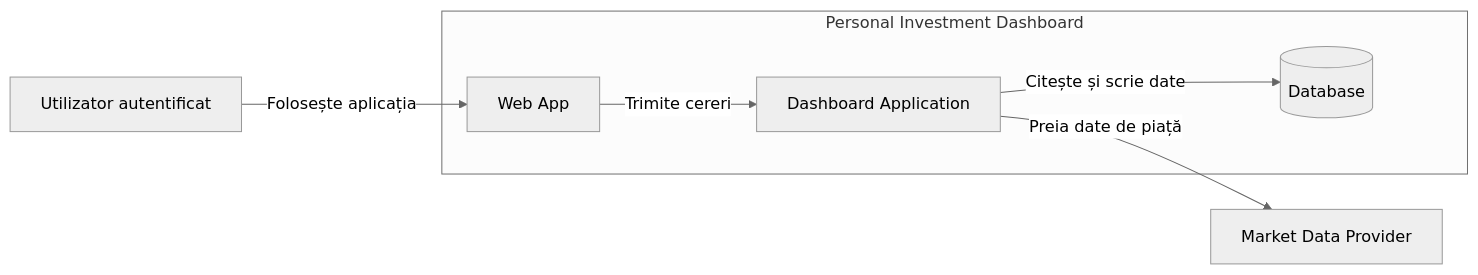
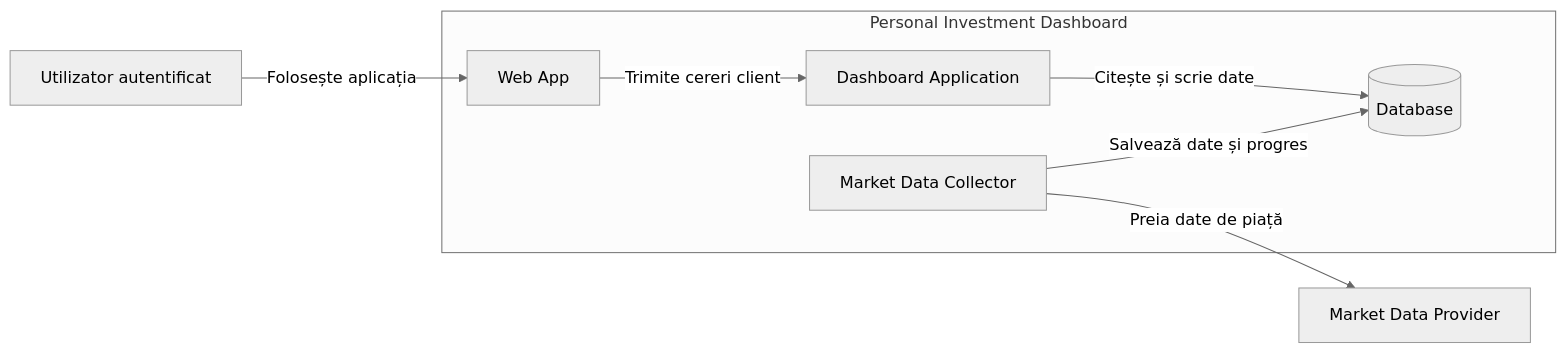
Before and after one commit to victor10520/system-design-labs: the second of 6 diagrams in SD/lab 3/README.md, drawn with Mermaid (neutral theme). The commit also changed other lines of this file and 1 other file, not shown here.

Commit message:
update lab3 and lab4 with separate market data collector container

````diff
--- a/SD/lab 3/README.md
+++ b/SD/lab 3/README.md
@@ -32,17 +36,19 @@
 ```mermaid
 flowchart LR
     user["Utilizator autentificat"]
     provider["Market Data Provider"]
 
     subgraph pid["Personal Investment Dashboard"]
         web["Web App"]
         app["Dashboard Application"]
+        collector["Market Data Collector"]
         db[("Database")]
 
-        web -->|"Trimite cereri"| app
+        web -->|"Trimite cereri client"| app
         app -->|"Citește și scrie date"| db
+        collector -->|"Salvează date și progres"| db
     end
 
     user -->|"Folosește aplicația"| web
-    app -->|"Preia date de piață"| provider
+    collector -->|"Preia date de piață"| provider
 ```
````
